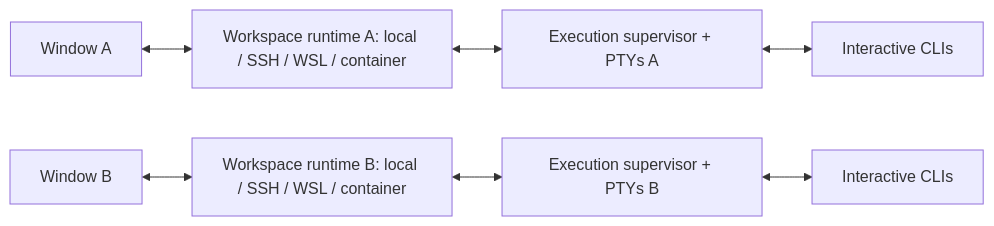
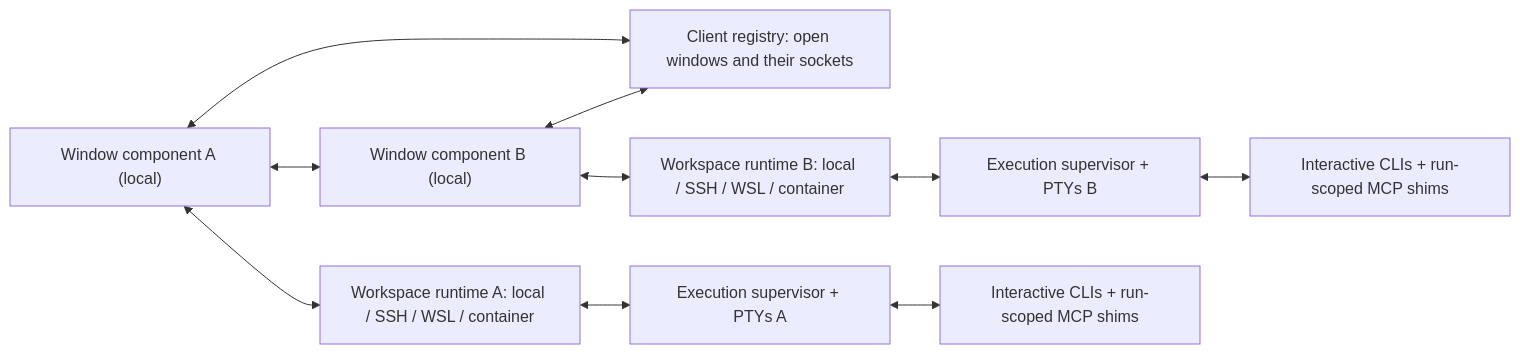
Before and after one commit to y5ez3g/facadecode: the diagram in docs/extension/engineering/ARCHITECTURE.md, drawn with Mermaid. The commit also changed other lines of this file and 216 other files, not shown here.

````diff
--- a/docs/extension/engineering/ARCHITECTURE.md
+++ b/docs/extension/engineering/ARCHITECTURE.md
@@ -20,9 +20,12 @@
 ```mermaid
 flowchart LR
-    UIA["Window A"] <--> WA["Workspace runtime A: local / SSH / WSL / container"]
-    UIB["Window B"] <--> WB["Workspace runtime B: local / SSH / WSL / container"]
+    CA["Window component A (local)"] <--> CB["Window component B (local)"]
+    CA <--> R["Client registry: open windows and their sockets"]
+    CB <--> R
+    CA <--> WA["Workspace runtime A: local / SSH / WSL / container"]
+    CB <--> WB["Workspace runtime B: local / SSH / WSL / container"]
     WA <--> PA["Execution supervisor + PTYs A"]
     WB <--> PB["Execution supervisor + PTYs B"]
-    PA <--> CA["Interactive CLIs"]
-    PB <--> CB["Interactive CLIs"]
+    PA <--> XA["Interactive CLIs + run-scoped MCP shims"]
+    PB <--> XB["Interactive CLIs + run-scoped MCP shims"]
 ```
````
